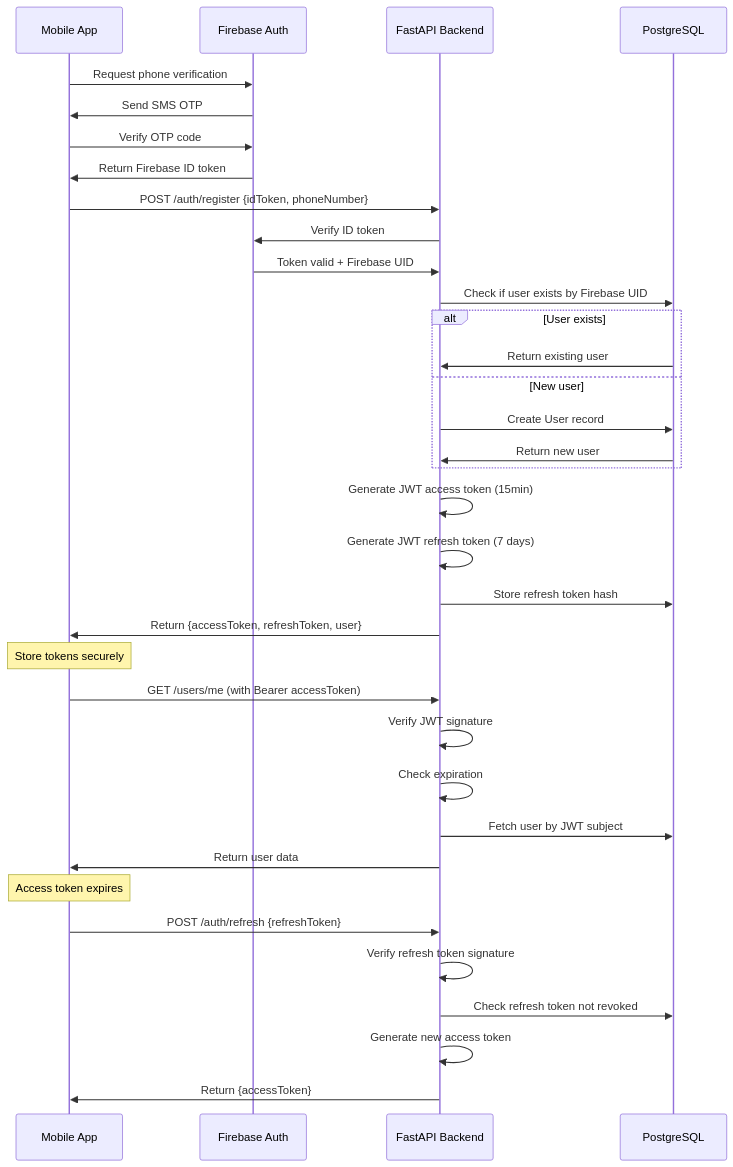
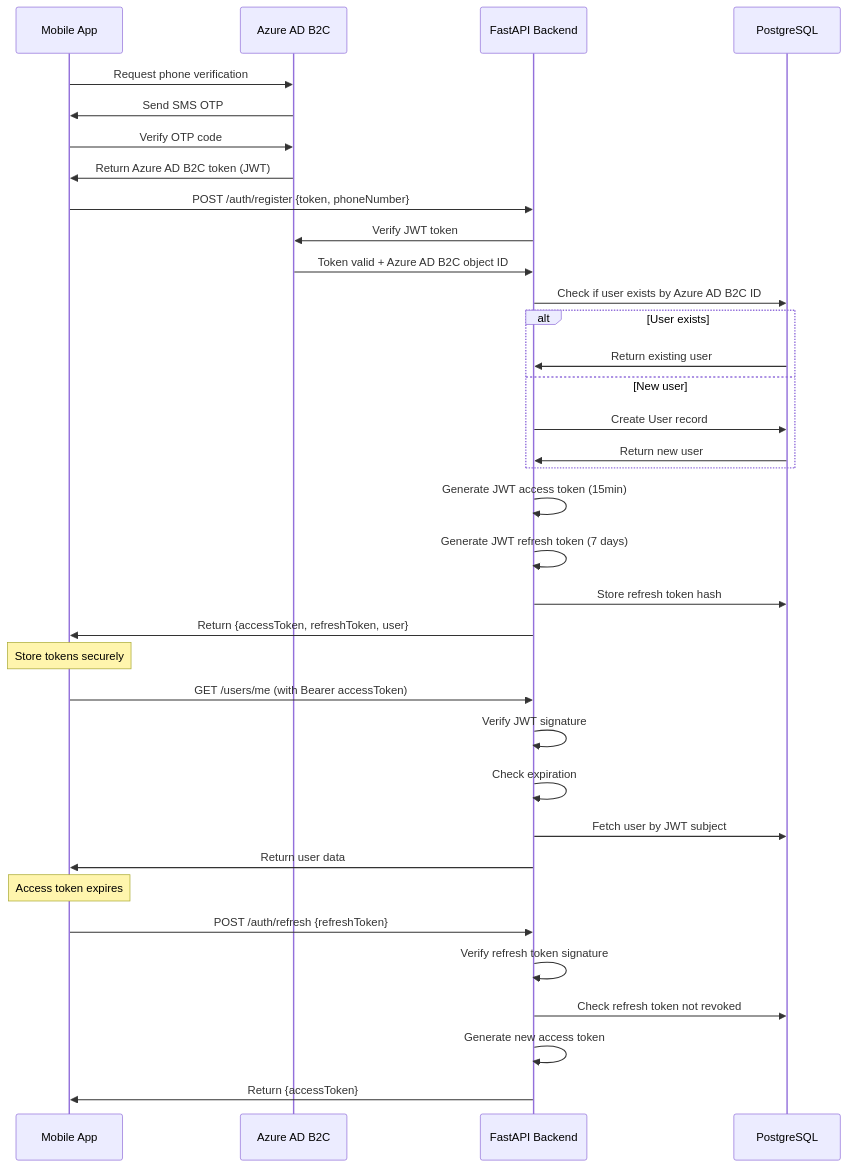
Before and after one commit to hieutrtr/numerologist: the fifth of 6 diagrams in docs/architecture.md, drawn with Mermaid. The commit also changed other lines of this file, not shown here.

Commit message:
review architecture doc

````diff
--- a/docs/architecture.md
+++ b/docs/architecture.md
@@ -2151,45 +2239,45 @@
 ```mermaid
 sequenceDiagram
     participant Client as Mobile App
-    participant FB as Firebase Auth
+    participant ADB2C as Azure AD B2C
     participant API as FastAPI Backend
     participant DB as PostgreSQL
 
-    Client->>FB: Request phone verification
-    FB->>Client: Send SMS OTP
-    Client->>FB: Verify OTP code
-    FB->>Client: Return Firebase ID token
+    Client->>ADB2C: Request phone verification
+    ADB2C->>Client: Send SMS OTP
+    Client->>ADB2C: Verify OTP code
+    ADB2C->>Client: Return Azure AD B2C token (JWT)
     
-    Client->>API: POST /auth/register {idToken, phoneNumber}
-    API->>FB: Verify ID token
-    FB->>API: Token valid + Firebase UID
-    API->>DB: Check if user exists by Firebase UID
+    Client->>API: POST /auth/register {token, phoneNumber}
+    API->>ADB2C: Verify JWT token
+    ADB2C->>API: Token valid + Azure AD B2C object ID
+    API->>DB: Check if user exists by Azure AD B2C ID
     
     alt User exists
         DB->>API: Return existing user
     else New user
         API->>DB: Create User record
         DB->>API: Return new user
     end
     
     API->>API: Generate JWT access token (15min)
     API->>API: Generate JWT refresh token (7 days)
     API->>DB: Store refresh token hash
     API->>Client: Return {accessToken, refreshToken, user}
     
     Note over Client: Store tokens securely
     
     Client->>API: GET /users/me (with Bearer accessToken)
     API->>API: Verify JWT signature
     API->>API: Check expiration
     API->>DB: Fetch user by JWT subject
     API->>Client: Return user data
     
     Note over Client: Access token expires
     
     Client->>API: POST /auth/refresh {refreshToken}
     API->>API: Verify refresh token signature
     API->>DB: Check refresh token not revoked
     API->>API: Generate new access token
     API->>Client: Return {accessToken}
 ```
````
